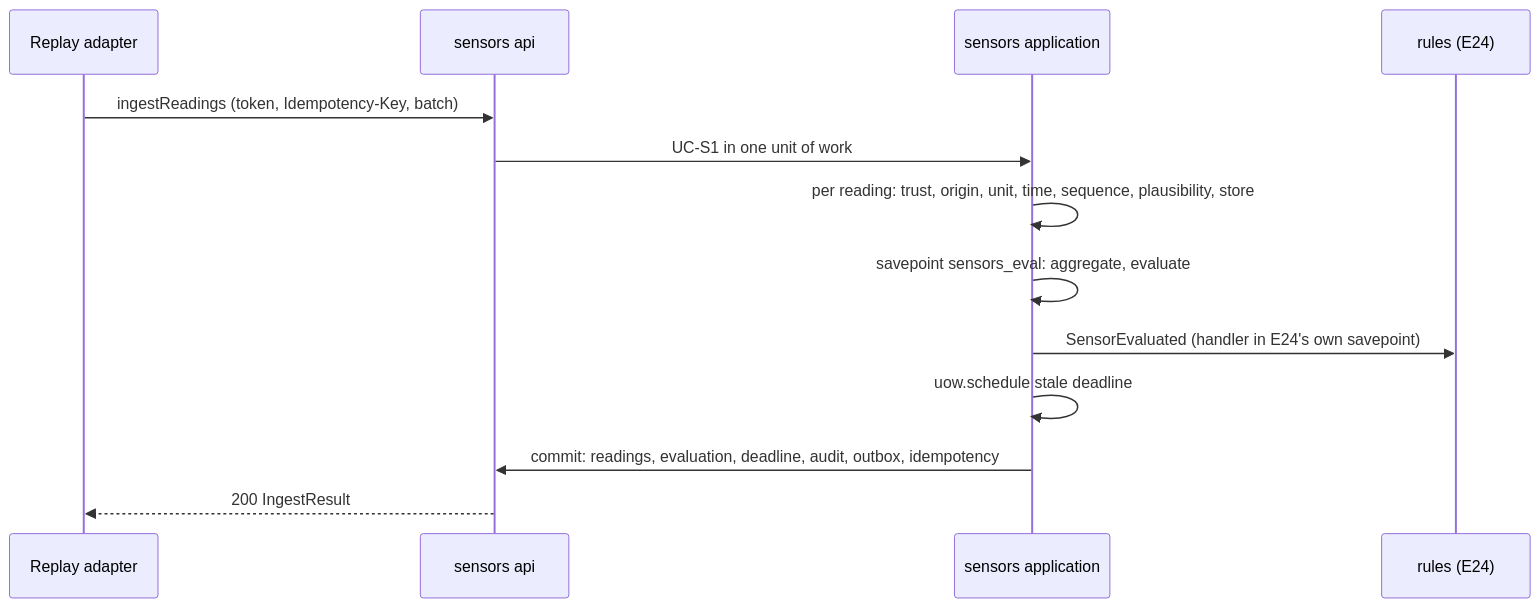
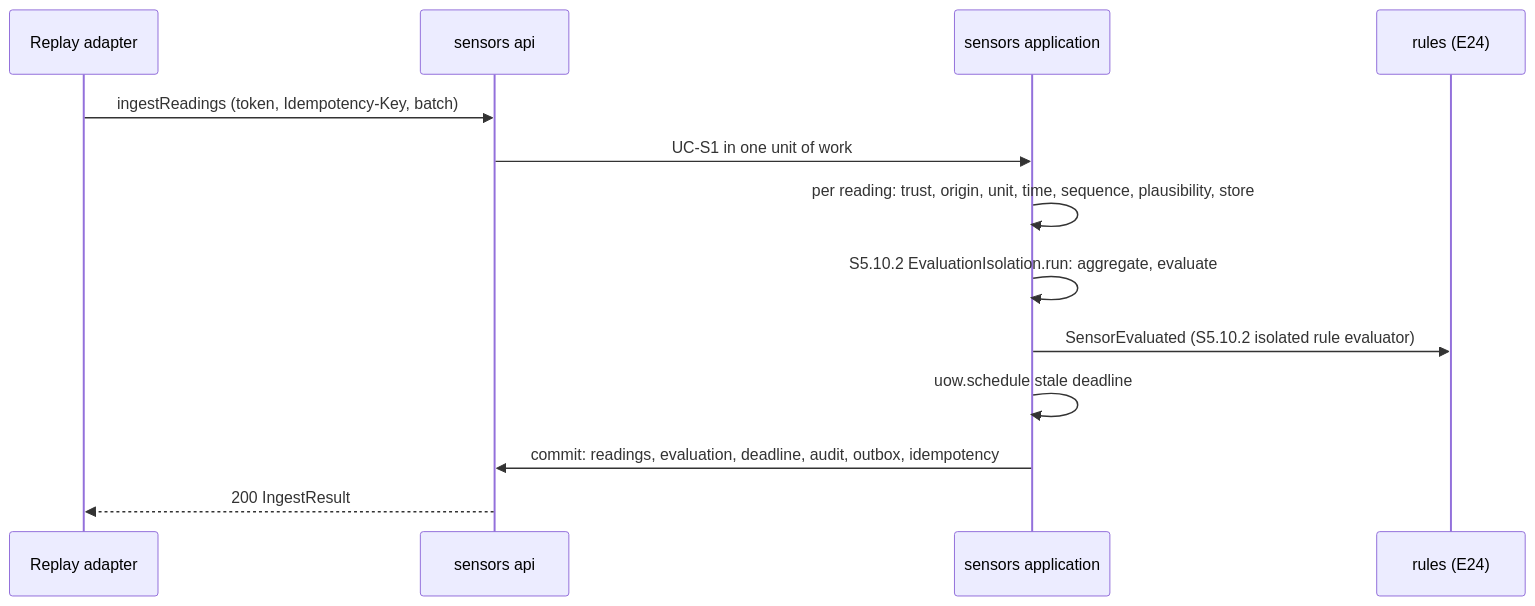
The diagram in docs/tdd/E23.md (joaquingit1/vitales-health), drawn with Mermaid before and after one commit. The commit also changed other lines of this file and 12 other files, not shown here.

````diff
--- a/docs/tdd/E23.md
+++ b/docs/tdd/E23.md
@@ -557,15 +534,15 @@
 ```mermaid
 sequenceDiagram
     participant A as Replay adapter
     participant H as sensors api
     participant S as sensors application
     participant R as rules (E24)
     A->>H: ingestReadings (token, Idempotency-Key, batch)
     H->>S: UC-S1 in one unit of work
     S->>S: per reading: trust, origin, unit, time, sequence, plausibility, store
-    S->>S: savepoint sensors_eval: aggregate, evaluate
-    S->>R: SensorEvaluated (handler in E24's own savepoint)
+    S->>S: S5.10.2 EvaluationIsolation.run: aggregate, evaluate
+    S->>R: SensorEvaluated (S5.10.2 isolated rule evaluator)
     S->>S: uow.schedule stale deadline
     S->>H: commit: readings, evaluation, deadline, audit, outbox, idempotency
     H-->>A: 200 IngestResult
 ```
````
